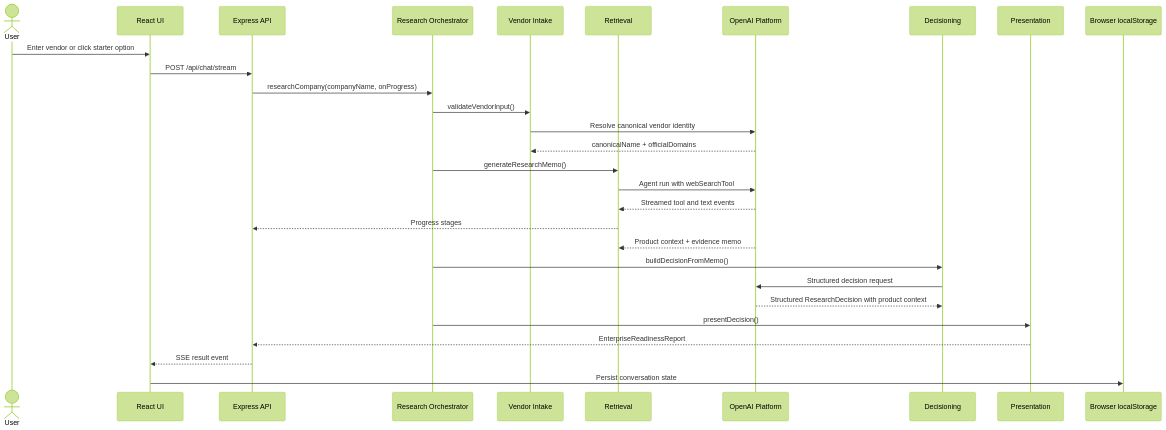
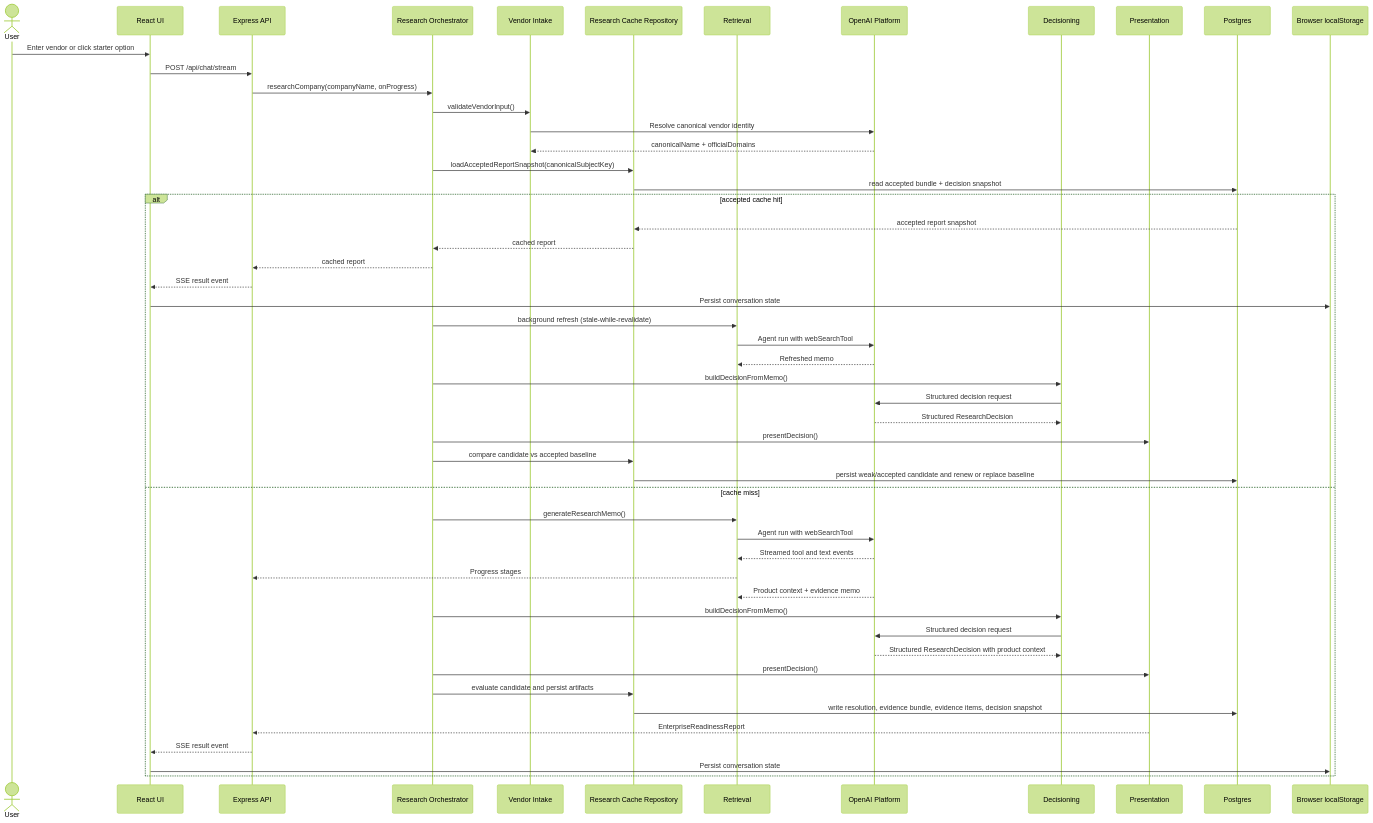
The fourth of 6 diagrams in architecture.md (srinivasrowdur/ArchReviewAgent), drawn with Mermaid (forest theme) before and after one commit. The commit also changed other lines of this file and 17 other files, not shown here.

Commit message:
Add Postgres research cache and refresh flow

````diff
--- a/architecture.md
+++ b/architecture.md
@@ -205,32 +225,55 @@
 ```mermaid
 sequenceDiagram
   actor User
   participant UI as React UI
   participant API as Express API
   participant Orch as Research Orchestrator
   participant Intake as Vendor Intake
+  participant Cache as Research Cache Repository
   participant Retrieve as Retrieval
   participant OpenAI as OpenAI Platform
   participant Decide as Decisioning
   participant Present as Presentation
+  participant DB as Postgres
   participant Store as Browser localStorage
 
   User->>UI: Enter vendor or click starter option
   UI->>API: POST /api/chat/stream
   API->>Orch: researchCompany(companyName, onProgress)
   Orch->>Intake: validateVendorInput()
   Intake->>OpenAI: Resolve canonical vendor identity
   OpenAI-->>Intake: canonicalName + officialDomains
-  Orch->>Retrieve: generateResearchMemo()
-  Retrieve->>OpenAI: Agent run with webSearchTool
-  OpenAI-->>Retrieve: Streamed tool and text events
-  Retrieve-->>API: Progress stages
-  OpenAI-->>Retrieve: Product context + evidence memo
-  Orch->>Decide: buildDecisionFromMemo()
-  Decide->>OpenAI: Structured decision request
-  OpenAI-->>Decide: Structured ResearchDecision with product context
-  Orch->>Present: presentDecision()
-  Present-->>API: EnterpriseReadinessReport
-  API-->>UI: SSE result event
-  UI->>Store: Persist conversation state
+  Orch->>Cache: loadAcceptedReportSnapshot(canonicalSubjectKey)
+  Cache->>DB: read accepted bundle + decision snapshot
+  alt accepted cache hit
+    DB-->>Cache: accepted report snapshot
+    Cache-->>Orch: cached report
+    Orch-->>API: cached report
+    API-->>UI: SSE result event
+    UI->>Store: Persist conversation state
+    Orch->>Retrieve: background refresh (stale-while-revalidate)
+    Retrieve->>OpenAI: Agent run with webSearchTool
+    OpenAI-->>Retrieve: Refreshed memo
+    Orch->>Decide: buildDecisionFromMemo()
+    Decide->>OpenAI: Structured decision request
+    OpenAI-->>Decide: Structured ResearchDecision
+    Orch->>Present: presentDecision()
+    Orch->>Cache: compare candidate vs accepted baseline
+    Cache->>DB: persist weak/accepted candidate and renew or replace baseline
+  else cache miss
+    Orch->>Retrieve: generateResearchMemo()
+    Retrieve->>OpenAI: Agent run with webSearchTool
+    OpenAI-->>Retrieve: Streamed tool and text events
+    Retrieve-->>API: Progress stages
+    OpenAI-->>Retrieve: Product context + evidence memo
+    Orch->>Decide: buildDecisionFromMemo()
+    Decide->>OpenAI: Structured decision request
+    OpenAI-->>Decide: Structured ResearchDecision with product context
+    Orch->>Present: presentDecision()
+    Orch->>Cache: evaluate candidate and persist artifacts
+    Cache->>DB: write resolution, evidence bundle, evidence items, decision snapshot
+    Present-->>API: EnterpriseReadinessReport
+    API-->>UI: SSE result event
+    UI->>Store: Persist conversation state
+  end
 ```
````
